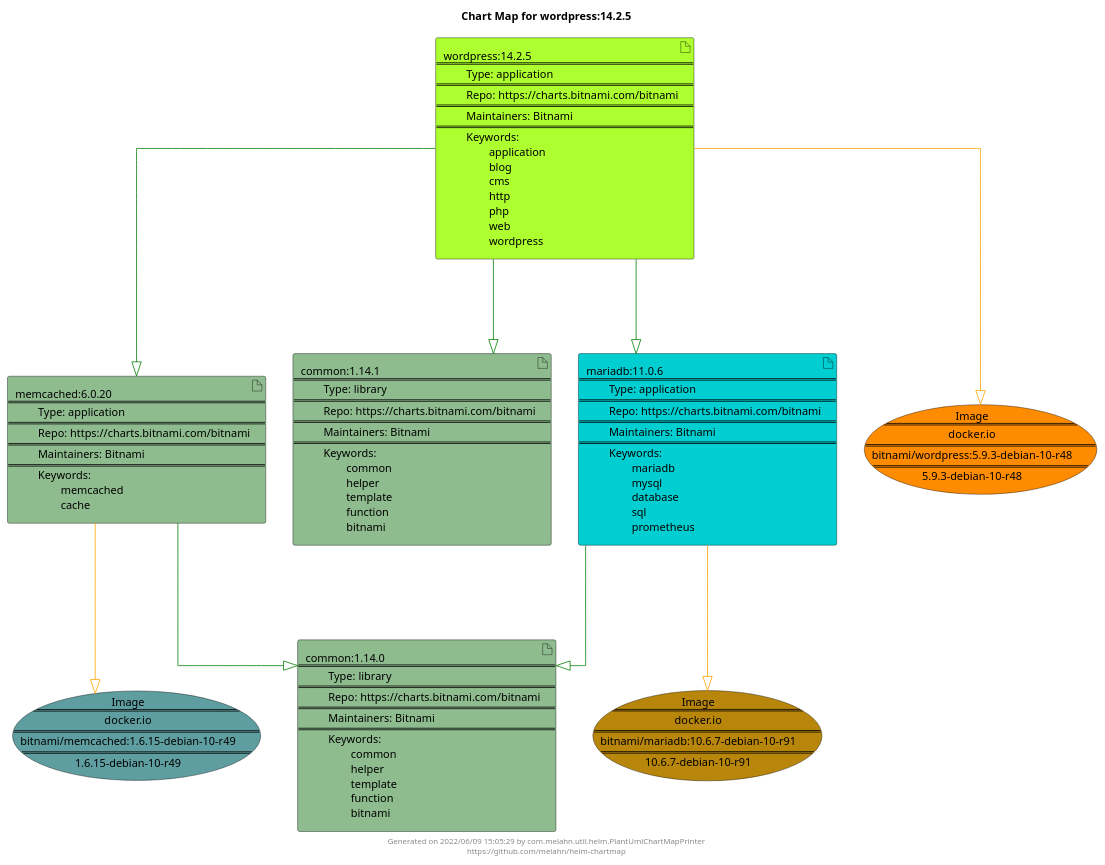
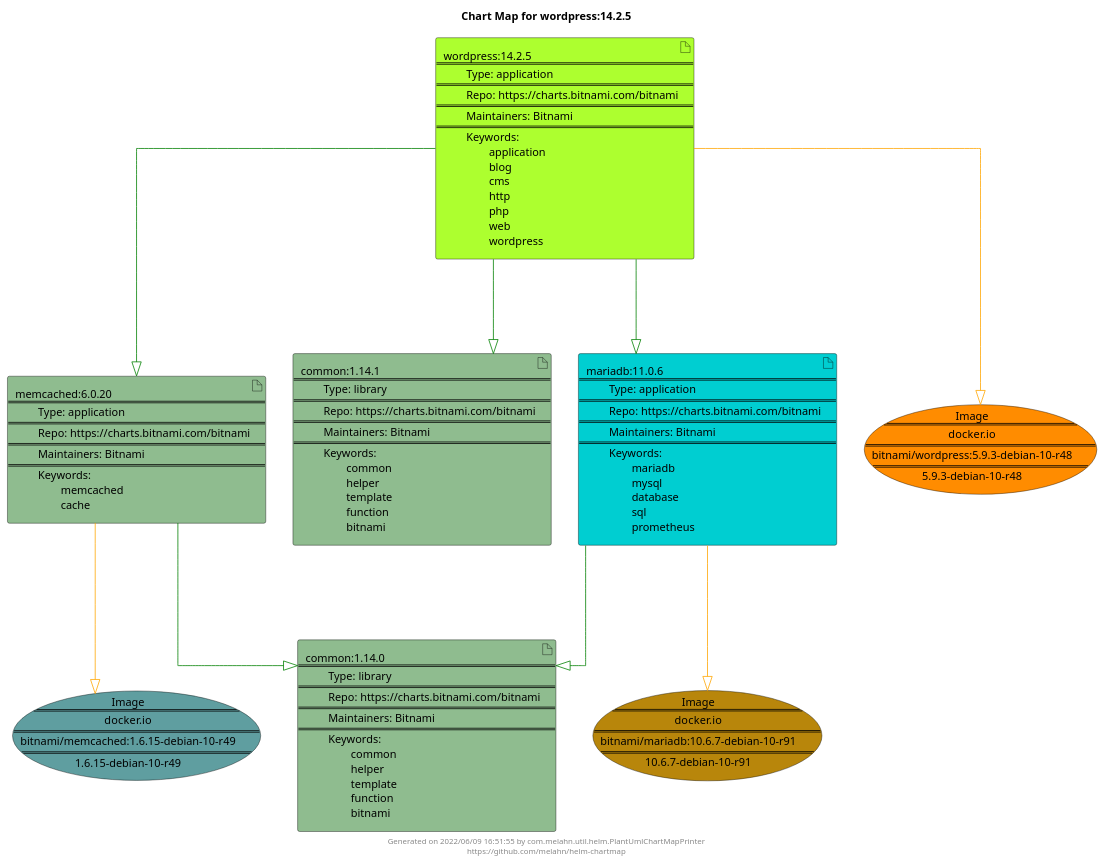
One commit to melahn/helm-chartmap changed the diagram in docs/wordpress/wordpress-14.2.5.puml. Above: the diagram before and after it, drawn with PlantUML. The commit also changed 59 other files, not shown here.

Commit message:
Update Example Chart Maps as part of GitHub build

```diff
--- a/docs/wordpress/wordpress-14.2.5.puml
+++ b/docs/wordpress/wordpress-14.2.5.puml
@@ -1,34 +1,34 @@
 @startuml
 skinparam linetype ortho
 skinparam backgroundColor white
 skinparam usecaseBorderColor black
 skinparam usecaseArrowColor LightSlateGray
 skinparam artifactBorderColor black
 skinparam artifactArrowColor LightSlateGray
 
 title Chart Map for wordpress:14.2.5
 
 'There are 5 referenced Helm Charts
 artifact "memcached:6.0.20\n====\n\tType: application\n====\n\tRepo: https://charts.bitnami.com/bitnami\n====\n\tMaintainers: Bitnami\n====\n\tKeywords: \n\t\tmemcached\n\t\tcache" as memcached_6_0_20 #DarkSeaGreen
 artifact "common:1.14.0\n====\n\tType: library\n====\n\tRepo: https://charts.bitnami.com/bitnami\n====\n\tMaintainers: Bitnami\n====\n\tKeywords: \n\t\tcommon\n\t\thelper\n\t\ttemplate\n\t\tfunction\n\t\tbitnami" as common_1_14_0 #DarkSeaGreen
 artifact "wordpress:14.2.5\n====\n\tType: application\n====\n\tRepo: https://charts.bitnami.com/bitnami\n====\n\tMaintainers: Bitnami\n====\n\tKeywords: \n\t\tapplication\n\t\tblog\n\t\tcms\n\t\thttp\n\t\tphp\n\t\tweb\n\t\twordpress" as wordpress_14_2_5 #GreenYellow
 artifact "common:1.14.1\n====\n\tType: library\n====\n\tRepo: https://charts.bitnami.com/bitnami\n====\n\tMaintainers: Bitnami\n====\n\tKeywords: \n\t\tcommon\n\t\thelper\n\t\ttemplate\n\t\tfunction\n\t\tbitnami" as common_1_14_1 #DarkSeaGreen
 artifact "mariadb:11.0.6\n====\n\tType: application\n====\n\tRepo: https://charts.bitnami.com/bitnami\n====\n\tMaintainers: Bitnami\n====\n\tKeywords: \n\t\tmariadb\n\t\tmysql\n\t\tdatabase\n\t\tsql\n\t\tprometheus" as mariadb_11_0_6 #DarkTurquoise
 
 'There are 3 referenced Docker Images
 usecase "Image\n====\ndocker.io\n====\nbitnami/mariadb:10.6.7-debian-10-r91\n====\n10.6.7-debian-10-r91" as docker_io_bitnami_mariadb_10_6_7_debian_10_r91 #DarkGoldenRod
 usecase "Image\n====\ndocker.io\n====\nbitnami/wordpress:5.9.3-debian-10-r48\n====\n5.9.3-debian-10-r48" as docker_io_bitnami_wordpress_5_9_3_debian_10_r48 #Darkorange
 usecase "Image\n====\ndocker.io\n====\nbitnami/memcached:1.6.15-debian-10-r49\n====\n1.6.15-debian-10-r49" as docker_io_bitnami_memcached_1_6_15_debian_10_r49 #CadetBlue
 
 'Chart Dependencies
+wordpress_14_2_5--[#green]-|>mariadb_11_0_6
+mariadb_11_0_6--[#green]-|>common_1_14_0
 wordpress_14_2_5--[#green]-|>memcached_6_0_20
 memcached_6_0_20--[#green]-|>common_1_14_0
-wordpress_14_2_5--[#green]-|>mariadb_11_0_6
-mariadb_11_0_6--[#green]-|>common_1_14_0
 wordpress_14_2_5--[#green]-|>common_1_14_1
 memcached_6_0_20--[#orange]-|>docker_io_bitnami_memcached_1_6_15_debian_10_r49
 wordpress_14_2_5--[#orange]-|>docker_io_bitnami_wordpress_5_9_3_debian_10_r48
 mariadb_11_0_6--[#orange]-|>docker_io_bitnami_mariadb_10_6_7_debian_10_r91
 
-center footer Generated on 2022/06/09 15:05:29 by com.melahn.util.helm.PlantUmlChartMapPrinter\nhttps://github.com/melahn/helm-chartmap
+center footer Generated on 2022/06/09 16:51:55 by com.melahn.util.helm.PlantUmlChartMapPrinter\nhttps://github.com/melahn/helm-chartmap
 @enduml
```
